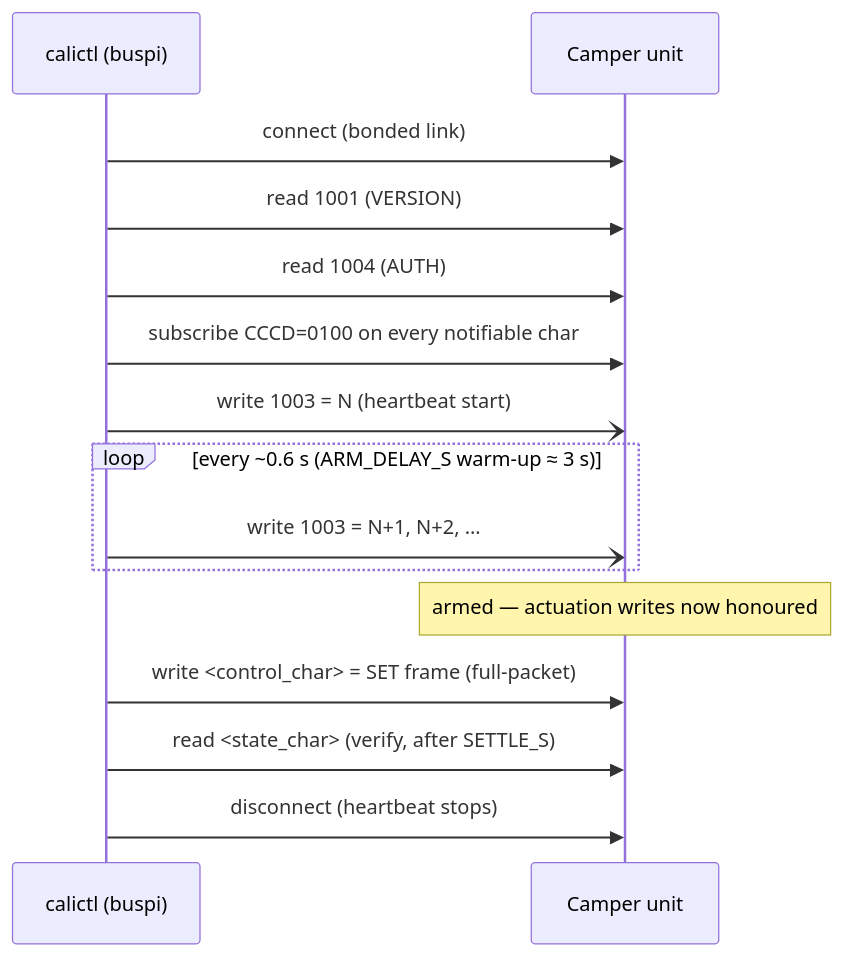
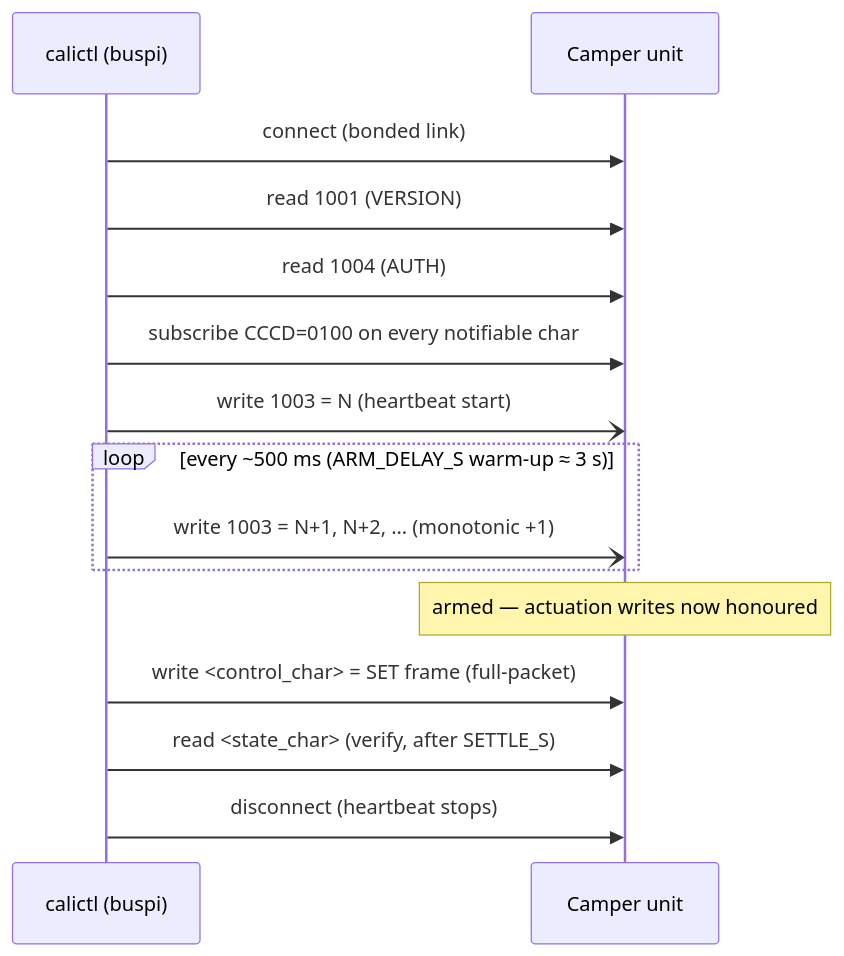
One commit to ckeller42/open-california changed the third of 8 diagrams in docs/business-logic/protocol-sequences.md. Above: the diagram before and after it, drawn with Mermaid. The commit also changed other lines of this file and 2 other files, not shown here.

First line of the commit message:
docs: fold in the decompile-confirmation corrections to the protocol diagrams

````diff
--- a/docs/business-logic/protocol-sequences.md
+++ b/docs/business-logic/protocol-sequences.md
@@ -54,17 +61,17 @@
 ```mermaid
 sequenceDiagram
     participant C as calictl (buspi)
     participant U as Camper unit
     C->>U: connect (bonded link)
     C->>U: read 1001 (VERSION)
     C->>U: read 1004 (AUTH)
     C->>U: subscribe CCCD=0100 on every notifiable char
     C-)U: write 1003 = N   (heartbeat start)
-    loop every ~0.6 s (ARM_DELAY_S warm-up ≈ 3 s)
-        C-)U: write 1003 = N+1, N+2, …
+    loop every ~500 ms (ARM_DELAY_S warm-up ≈ 3 s)
+        C-)U: write 1003 = N+1, N+2, … (monotonic +1)
     end
     Note over U: armed — actuation writes now honoured
     C->>U: write <control_char> = SET frame (full-packet)
     C->>U: read <state_char>   (verify, after SETTLE_S)
     C->>U: disconnect          (heartbeat stops)
 ```
````
